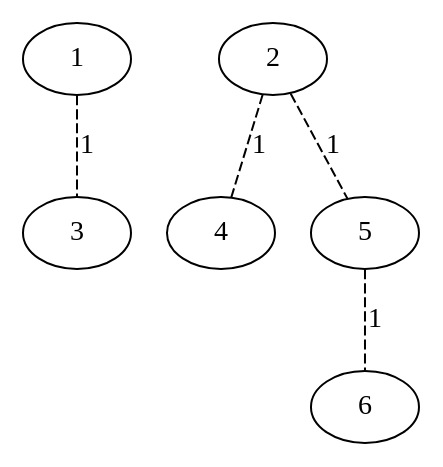
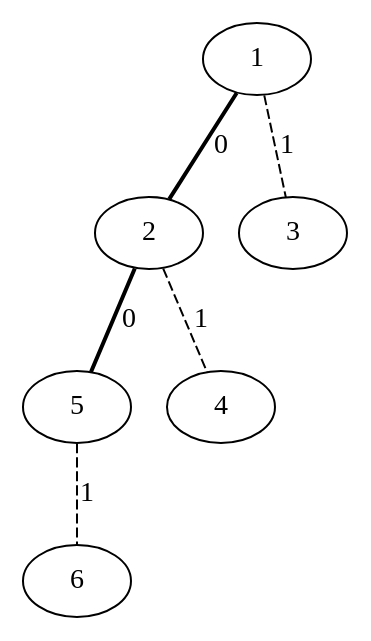
The diagram in ST-Tree/src/combined_graph.dot (Musab1Blaser/DynamicTrees_NF), drawn with Graphviz before and after one commit. The commit also changed 5 other files, not shown here.

```diff
--- a/ST-Tree/src/combined_graph.dot
+++ b/ST-Tree/src/combined_graph.dot
@@ -1,6 +1,7 @@
 graph G {
+1 -- 2 [style=bold, label=0];
+2 -- 5 [style=bold, label=0];
 1 -- 3 [style=dashed, label=1];
 2 -- 4 [style=dashed, label=1];
-2 -- 5 [style=dashed, label=1];
 5 -- 6 [style=dashed, label=1];
 }
```
